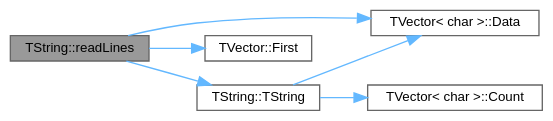
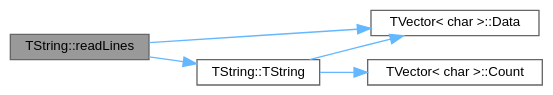
Before and after one commit to jcoelho72/TProcura: the diagram in classTString_ae7b848f7e090aae31886c8fd535e1055_cgraph.dot, drawn with Graphviz. The commit also changed 23 other files, not shown here.

```diff
--- a/classTString_ae7b848f7e090aae31886c8fd535e1055_cgraph.dot
+++ b/classTString_ae7b848f7e090aae31886c8fd535e1055_cgraph.dot
@@ -1,18 +1,16 @@
 digraph "TString::readLines"
 {
  // LATEX_PDF_SIZE
   bgcolor="transparent";
   edge [fontname=Helvetica,fontsize=10,labelfontname=Helvetica,labelfontsize=10];
   node [fontname=Helvetica,fontsize=10,shape=box,height=0.2,width=0.4];
   rankdir="LR";
   Node1 [id="Node000001",label="TString::readLines",height=0.2,width=0.4,color="gray40", fillcolor="grey60", style="filled", fontcolor="black",tooltip=" "];
   Node1 -> Node2 [id="edge1_Node000001_Node000002",color="steelblue1",style="solid",tooltip=" "];
   Node2 [id="Node000002",label="TVector\< char \>::Data",height=0.2,width=0.4,color="grey40", fillcolor="white", style="filled",URL="$classTVector.html#addd572d70b587092fddc21a8b0f53120",tooltip="Acesso direto."];
   Node1 -> Node3 [id="edge2_Node000001_Node000003",color="steelblue1",style="solid",tooltip=" "];
-  Node3 [id="Node000003",label="TVector::First",height=0.2,width=0.4,color="grey40", fillcolor="white", style="filled",URL="$classTVector.html#a05f29646493d42f3c77081b6031d70e5",tooltip=" "];
-  Node1 -> Node4 [id="edge3_Node000001_Node000004",color="steelblue1",style="solid",tooltip=" "];
-  Node4 [id="Node000004",label="TString::TString",height=0.2,width=0.4,color="grey40", fillcolor="white", style="filled",URL="$classTString.html#a2fb70d94c8fdba6d90145a01aec1ce3f",tooltip=" "];
-  Node4 -> Node5 [id="edge4_Node000004_Node000005",color="steelblue1",style="solid",tooltip=" "];
-  Node5 [id="Node000005",label="TVector\< char \>::Count",height=0.2,width=0.4,color="grey40", fillcolor="white", style="filled",URL="$classTVector.html#ac3c744d84543ca6e32859eb7dfccfeef",tooltip=" "];
-  Node4 -> Node2 [id="edge5_Node000004_Node000002",color="steelblue1",style="solid",tooltip=" "];
+  Node3 [id="Node000003",label="TString::TString",height=0.2,width=0.4,color="grey40", fillcolor="white", style="filled",URL="$classTString.html#a2fb70d94c8fdba6d90145a01aec1ce3f",tooltip=" "];
+  Node3 -> Node4 [id="edge3_Node000003_Node000004",color="steelblue1",style="solid",tooltip=" "];
+  Node4 [id="Node000004",label="TVector\< char \>::Count",height=0.2,width=0.4,color="grey40", fillcolor="white", style="filled",URL="$classTVector.html#ac3c744d84543ca6e32859eb7dfccfeef",tooltip=" "];
+  Node3 -> Node2 [id="edge4_Node000003_Node000002",color="steelblue1",style="solid",tooltip=" "];
 }
```
